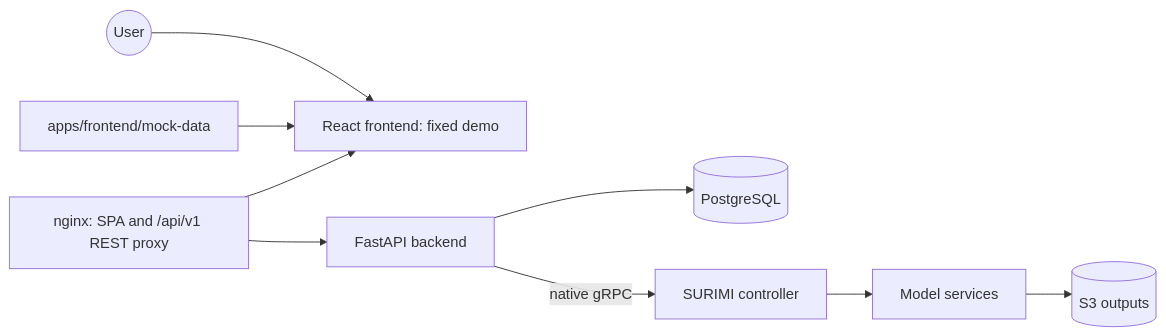
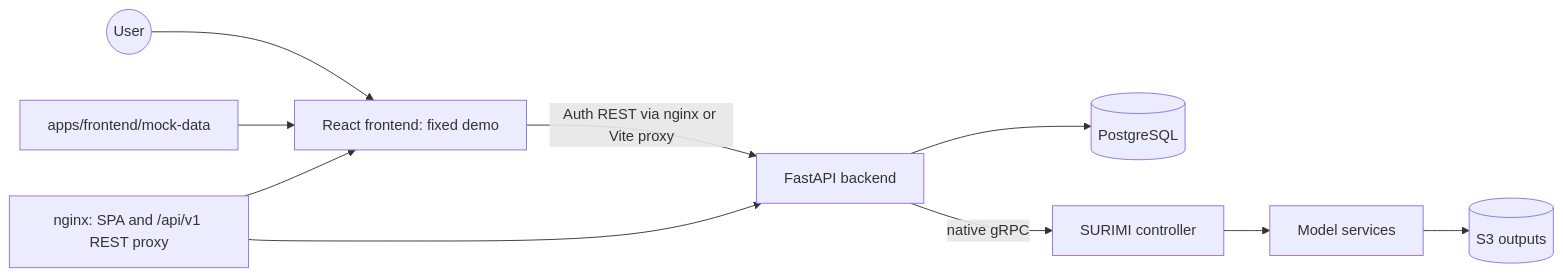
Before and after one commit to SURIMI-Project/SURIMI-modelgui: the first of 9 diagrams in docs/ARCHITECTURE.md, drawn with Mermaid. The commit also changed other lines of this file and 26 other files, not shown here.

````diff
--- a/docs/ARCHITECTURE.md
+++ b/docs/ARCHITECTURE.md
@@ -9,11 +9,12 @@
 ```mermaid
 flowchart LR
     user(("User")) --> spa["React frontend: fixed demo"]
     fixtures["apps/frontend/mock-data"] --> spa
+    spa -->|"Auth REST via nginx or Vite proxy"| api
     nginx["nginx: SPA and /api/v1 REST proxy"] --> spa
     nginx --> api["FastAPI backend"]
     api --> postgres[("PostgreSQL")]
     api -->|"native gRPC"| ctrl["SURIMI controller"]
     ctrl --> models["Model services"]
     models --> s3[("S3 outputs")]
 ```
````
